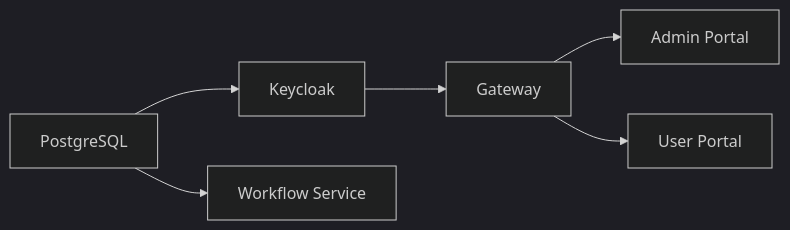
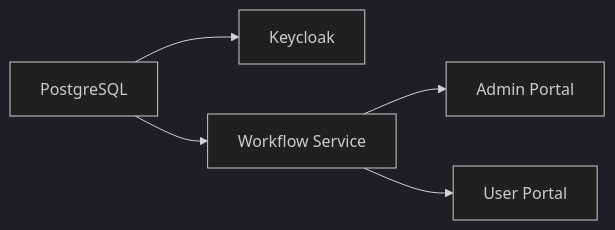
The second of 6 diagrams in docs/architecture/c4-deployment.md (mszalus/workflow-platform), drawn with Mermaid (dark theme) before and after one commit. The commit also changed other lines of this file and 61 other files, not shown here.

````diff
--- a/docs/architecture/c4-deployment.md
+++ b/docs/architecture/c4-deployment.md
@@ -39,8 +37,7 @@
 ```mermaid
 flowchart LR
     PG[PostgreSQL] --> KC[Keycloak]
     PG --> WF[Workflow Service]
-    KC --> GW[Gateway]
-    GW --> AP[Admin Portal]
-    GW --> UP[User Portal]
+    WF --> AP[Admin Portal]
+    WF --> UP[User Portal]
 ```
````
